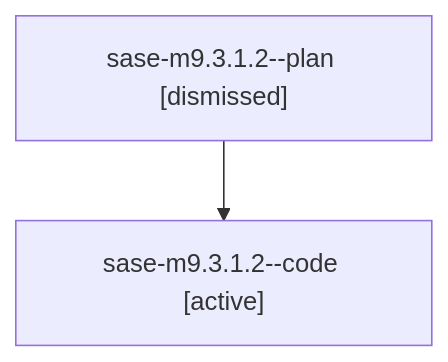
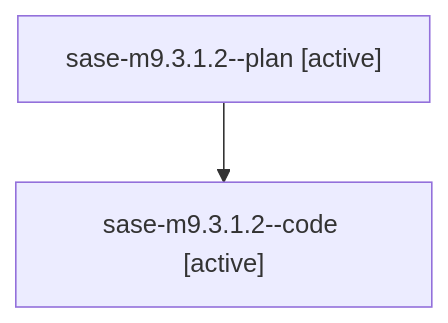
One commit to sase-org/sase--agents changed the diagram in families/bbugyi200.athena.sase-m9.3.1.2.md. Above: the diagram before and after it, drawn with Mermaid. The commit also changed other lines of this file and 35830 other files, not shown here.

````diff
--- a/families/bbugyi200.athena.sase-m9.3.1.2.md
+++ b/families/bbugyi200.athena.sase-m9.3.1.2.md
@@ -9,6 +9,6 @@
 ```mermaid
 flowchart TD
-  n0["sase-m9.3.1.2--plan [dismissed]"]
+  n0["sase-m9.3.1.2--plan [active]"]
   n1["sase-m9.3.1.2--code [active]"]
   n0 --> n1
 ```
````
